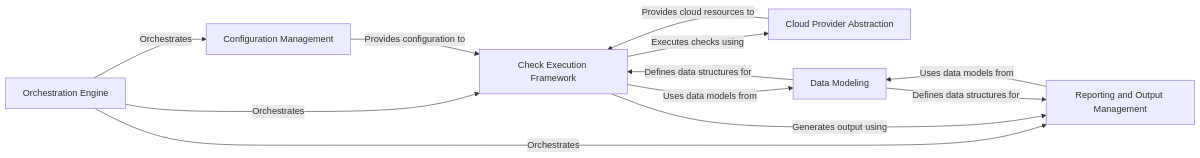
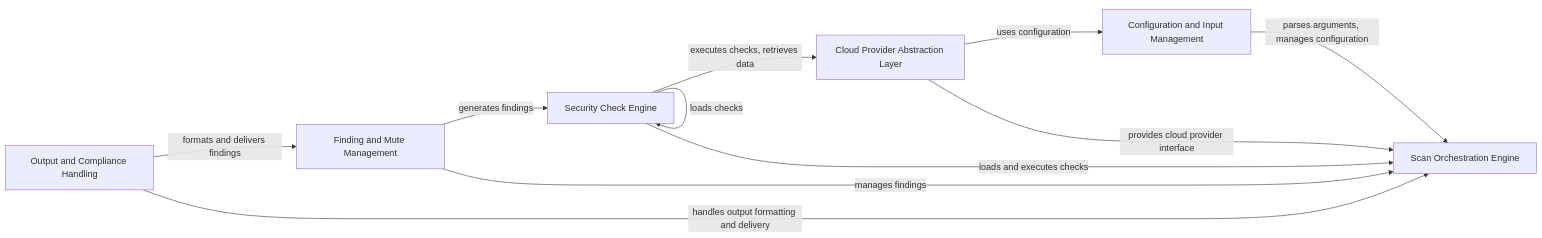
Before and after one commit to CodeBoarding/GeneratedOnBoardings: the diagram in prowler/on_boarding.md, drawn with Mermaid. The commit also changed other lines of this file and 19 other files, not shown here.

````diff
--- a/prowler/on_boarding.md
+++ b/prowler/on_boarding.md
@@ -1,26 +1,25 @@
 ```mermaid
 graph LR
-    Orchestration_Engine["Orchestration Engine"]
-    Configuration_Management["Configuration Management"]
-    Check_Execution_Framework["Check Execution Framework"]
-    Cloud_Provider_Abstraction["Cloud Provider Abstraction"]
-    Reporting_and_Output_Management["Reporting and Output Management"]
-    Data_Modeling["Data Modeling"]
-    Orchestration_Engine -- "Orchestrates" --> Configuration_Management
-    Orchestration_Engine -- "Orchestrates" --> Check_Execution_Framework
-    Orchestration_Engine -- "Orchestrates" --> Reporting_and_Output_Management
-    Configuration_Management -- "Provides configuration to" --> Check_Execution_Framework
-    Check_Execution_Framework -- "Executes checks using" --> Cloud_Provider_Abstraction
-    Check_Execution_Framework -- "Uses data models from" --> Data_Modeling
-    Check_Execution_Framework -- "Generates output using" --> Reporting_and_Output_Management
-    Cloud_Provider_Abstraction -- "Provides cloud resources to" --> Check_Execution_Framework
-    Reporting_and_Output_Management -- "Uses data models from" --> Data_Modeling
-    Data_Modeling -- "Defines data structures for" --> Check_Execution_Framework
-    Data_Modeling -- "Defines data structures for" --> Reporting_and_Output_Management
-    click Orchestration_Engine href "https://github.com/CodeBoarding/GeneratedOnBoardings/blob/main/prowler/Orchestration Engine.md" "Details"
-    click Configuration_Management href "https://github.com/CodeBoarding/GeneratedOnBoardings/blob/main/prowler/Configuration Management.md" "Details"
-    click Check_Execution_Framework href "https://github.com/CodeBoarding/GeneratedOnBoardings/blob/main/prowler/Check Execution Framework.md" "Details"
-    click Cloud_Provider_Abstraction href "https://github.com/CodeBoarding/GeneratedOnBoardings/blob/main/prowler/Cloud Provider Abstraction.md" "Details"
-    click Reporting_and_Output_Management href "https://github.com/CodeBoarding/GeneratedOnBoardings/blob/main/prowler/Reporting and Output Management.md" "Details"
-    click Data_Modeling href "https://github.com/CodeBoarding/GeneratedOnBoardings/blob/main/prowler/Data Modeling.md" "Details"
+    Configuration_and_Input_Management["Configuration and Input Management"]
+    Cloud_Provider_Abstraction_Layer["Cloud Provider Abstraction Layer"]
+    Security_Check_Engine["Security Check Engine"]
+    Finding_and_Mute_Management["Finding and Mute Management"]
+    Output_and_Compliance_Handling["Output and Compliance Handling"]
+    Scan_Orchestration_Engine["Scan Orchestration Engine"]
+    Configuration_and_Input_Management -- "parses arguments, manages configuration" --> Scan_Orchestration_Engine
+    Cloud_Provider_Abstraction_Layer -- "provides cloud provider interface" --> Scan_Orchestration_Engine
+    Security_Check_Engine -- "loads and executes checks" --> Scan_Orchestration_Engine
+    Finding_and_Mute_Management -- "manages findings" --> Scan_Orchestration_Engine
+    Output_and_Compliance_Handling -- "handles output formatting and delivery" --> Scan_Orchestration_Engine
+    Cloud_Provider_Abstraction_Layer -- "uses configuration" --> Configuration_and_Input_Management
+    Security_Check_Engine -- "loads checks" --> Security_Check_Engine
+    Security_Check_Engine -- "executes checks, retrieves data" --> Cloud_Provider_Abstraction_Layer
+    Finding_and_Mute_Management -- "generates findings" --> Security_Check_Engine
+    Output_and_Compliance_Handling -- "formats and delivers findings" --> Finding_and_Mute_Management
+    click Configuration_and_Input_Management href "https://github.com/CodeBoarding/GeneratedOnBoardings/blob/main/prowler/Configuration and Input Management.md" "Details"
+    click Cloud_Provider_Abstraction_Layer href "https://github.com/CodeBoarding/GeneratedOnBoardings/blob/main/prowler/Cloud Provider Abstraction Layer.md" "Details"
+    click Security_Check_Engine href "https://github.com/CodeBoarding/GeneratedOnBoardings/blob/main/prowler/Security Check Engine.md" "Details"
+    click Finding_and_Mute_Management href "https://github.com/CodeBoarding/GeneratedOnBoardings/blob/main/prowler/Finding and Mute Management.md" "Details"
+    click Output_and_Compliance_Handling href "https://github.com/CodeBoarding/GeneratedOnBoardings/blob/main/prowler/Output and Compliance Handling.md" "Details"
+    click Scan_Orchestration_Engine href "https://github.com/CodeBoarding/GeneratedOnBoardings/blob/main/prowler/Scan Orchestration Engine.md" "Details"
 ```
````
